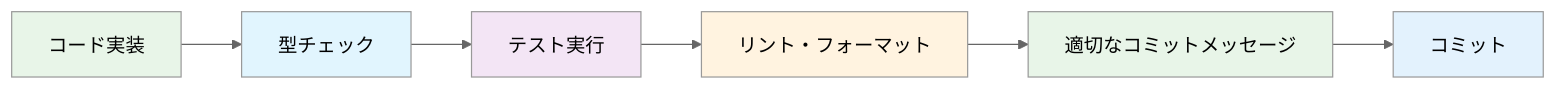
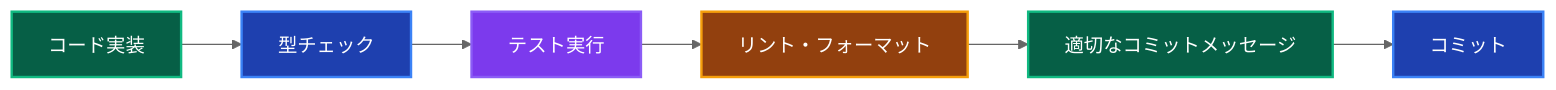
Before and after one commit to derushio/d-next-ddd-example: the second of 2 diagrams in _DOCS/guides/coding-standards.md, drawn with Mermaid (neutral theme). The commit also changed other lines of this file and 31 other files, not shown here.

Commit message:
🎨: DOCSのMermaid図表カラーテーマを暗色に統一し視認性を向上

````diff
--- a/_DOCS/guides/coding-standards.md
+++ b/_DOCS/guides/coding-standards.md
@@ -448,15 +448,15 @@
 ```mermaid
 graph LR
     A[コード実装] --> B[型チェック]
     B --> C[テスト実行]
     C --> D[リント・フォーマット]
     D --> E[適切なコミットメッセージ]
     E --> F[コミット]
     
-    style A fill:#e8f5e8
-    style B fill:#e1f5fe
-    style C fill:#f3e5f5
-    style D fill:#fff3e0
-    style E fill:#e8f5e8
-    style F fill:#e3f2fd
+    style A fill:#065f46,stroke:#10b981,stroke-width:2px,color:#ffffff
+    style B fill:#1e40af,stroke:#3b82f6,stroke-width:2px,color:#ffffff
+    style C fill:#7c3aed,stroke:#8b5cf6,stroke-width:2px,color:#ffffff
+    style D fill:#92400e,stroke:#f59e0b,stroke-width:2px,color:#ffffff
+    style E fill:#065f46,stroke:#10b981,stroke-width:2px,color:#ffffff
+    style F fill:#1e40af,stroke:#3b82f6,stroke-width:2px,color:#ffffff
 ```
````
